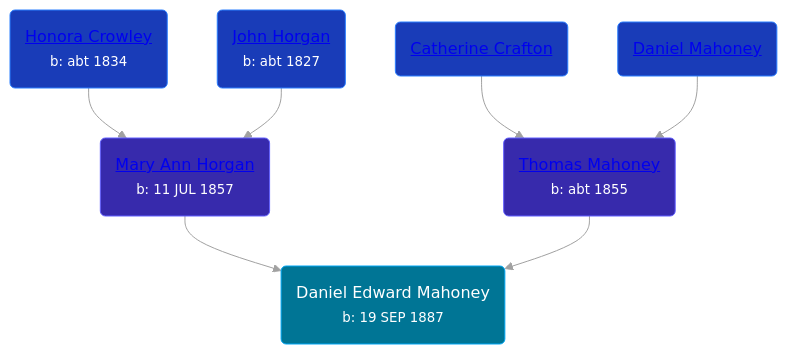
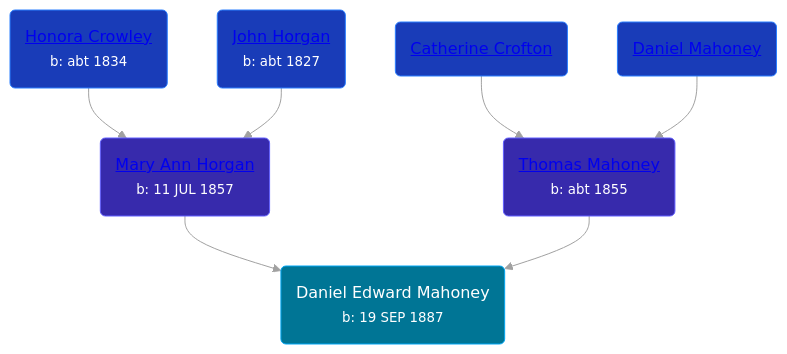
One commit to wpmgotkh/wpmgotkh.github.io changed the diagram in pages/people/2/24117676.md. Above: the diagram before and after it, drawn with Mermaid (base theme). The commit also changed 213 other files, not shown here.

````diff
--- a/pages/people/2/24117676.md
+++ b/pages/people/2/24117676.md
@@ -10,14 +10,14 @@
 ```mermaid
 graph
 classDef grands fill:#193cb8,stroke:#2b7fff,stroke-width:1px,color:#fff;
 classDef parents fill:#372aac,stroke:#615fff,stroke-width:1px,color:#fff;
 classDef primary fill:#007595,stroke:#00a6f4,stroke-width:1px,color:#fff;
 24117676(Daniel Edward Mahoney<br /><small>b: 19 SEP 1887</small>):::primary
 90749846(<a class="text-white" href="/people/9/90749846">Mary Ann Horgan</a><br /><small>b: 11 JUL 1857</small>):::parents-->24117676
 72193795(<a class="text-white" href="/people/7/72193795">Honora Crowley</a><br /><small>b: abt 1834</small>):::grands-->90749846
 54161773(<a class="text-white" href="/people/5/54161773">John Horgan</a><br /><small>b: abt 1827</small>):::grands-->90749846
 41476460(<a class="text-white" href="/people/4/41476460">Thomas Mahoney</a><br /><small>b: abt 1855</small>):::parents-->24117676
-61573710(<a class="text-white" href="/people/6/61573710">Catherine Crafton</a>):::grands-->41476460
+61573710(<a class="text-white" href="/people/6/61573710">Catherine Crofton</a>):::grands-->41476460
 8119607(<a class="text-white" href="/people/8/8119607">Daniel Mahoney</a>):::grands-->41476460
 linkStyle default stroke:#a1a1a1
 ```
````
